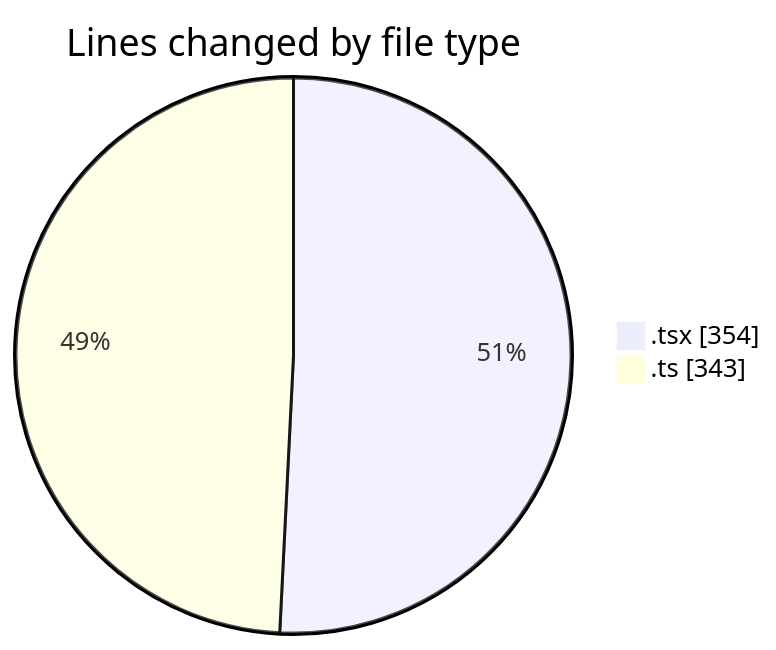
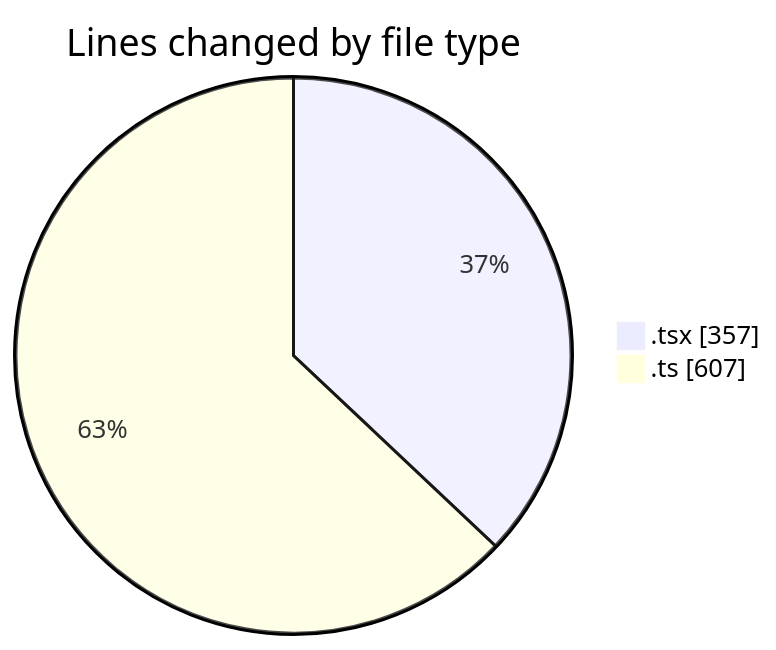
Before and after one commit to julien-gomy/code-tracking: the first of 2 diagrams in 2025-10-15/eventscop-frontend-guide__workspace_/README.md, drawn with Mermaid. The commit also changed other lines of this file and 1 other file, not shown here.

````diff
--- a/2025-10-15/eventscop-frontend-guide__workspace_/README.md
+++ b/2025-10-15/eventscop-frontend-guide__workspace_/README.md
@@ -23,6 +24,6 @@
 ```mermaid
 pie showData
 title Lines changed by file type
-".tsx" : 354
-".ts" : 343
+".tsx" : 357
+".ts" : 607
 ```
````
